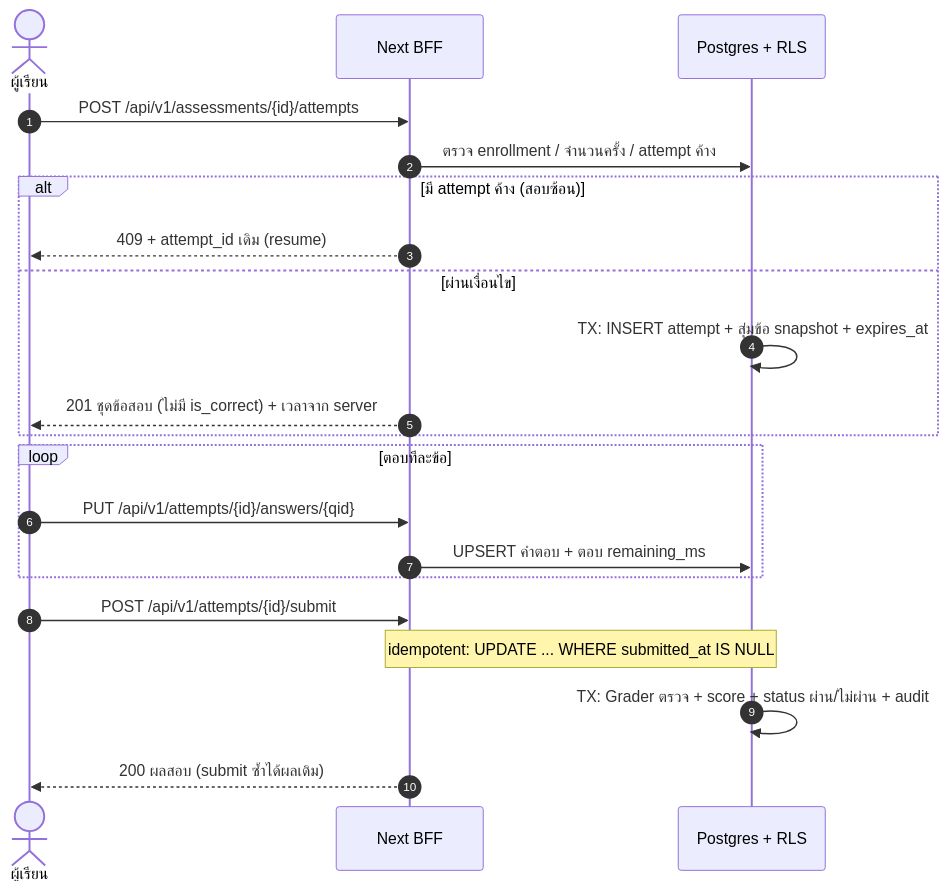
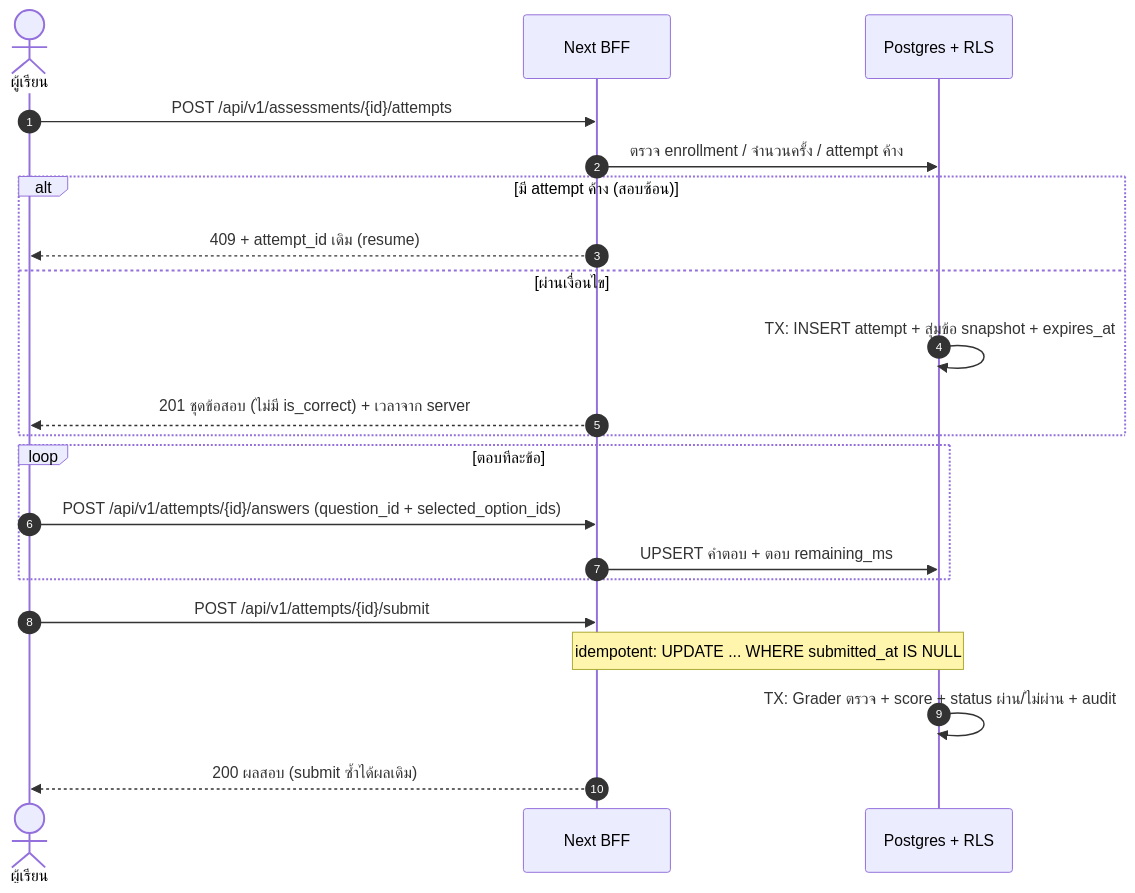
The third of 6 diagrams in docs/03-design/SDS.md (narongsak-sukma/E-Leaning-LTC), drawn with Mermaid before and after one commit. The commit also changed other lines of this file and 2 other files, not shown here.

````diff
--- a/docs/03-design/SDS.md
+++ b/docs/03-design/SDS.md
@@ -213,23 +214,23 @@
 ```mermaid
 sequenceDiagram
     autonumber
     actor U as ผู้เรียน
     participant BFF as Next BFF
     participant DB as Postgres + RLS
     U->>BFF: POST /api/v1/assessments/{id}/attempts
     BFF->>DB: ตรวจ enrollment / จำนวนครั้ง / attempt ค้าง
     alt มี attempt ค้าง (สอบซ้อน)
         BFF-->>U: 409 + attempt_id เดิม (resume)
     else ผ่านเงื่อนไข
         DB->>DB: TX: INSERT attempt + สุ่มข้อ snapshot + expires_at
         BFF-->>U: 201 ชุดข้อสอบ (ไม่มี is_correct) + เวลาจาก server
     end
     loop ตอบทีละข้อ
-        U->>BFF: PUT /api/v1/attempts/{id}/answers/{qid}
+        U->>BFF: POST /api/v1/attempts/{id}/answers (question_id + selected_option_ids)
         BFF->>DB: UPSERT คำตอบ + ตอบ remaining_ms
     end
     U->>BFF: POST /api/v1/attempts/{id}/submit
     Note over BFF,DB: idempotent: UPDATE ... WHERE submitted_at IS NULL
     DB->>DB: TX: Grader ตรวจ + score + status ผ่าน/ไม่ผ่าน + audit
     BFF-->>U: 200 ผลสอบ (submit ซ้ำได้ผลเดิม)
 ```
````
